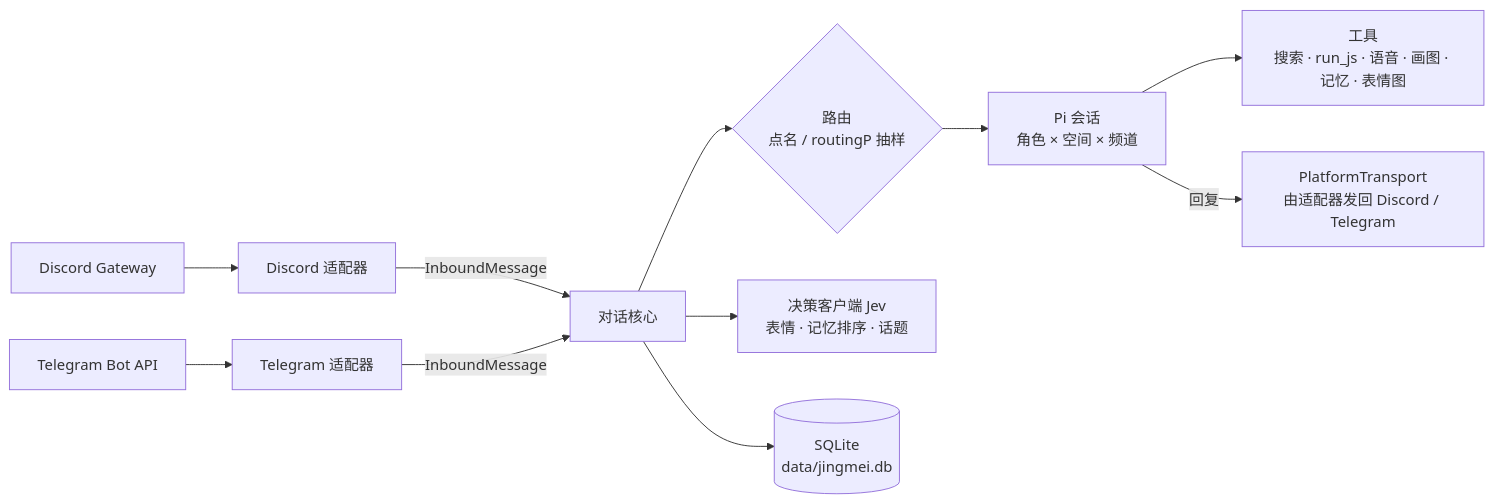
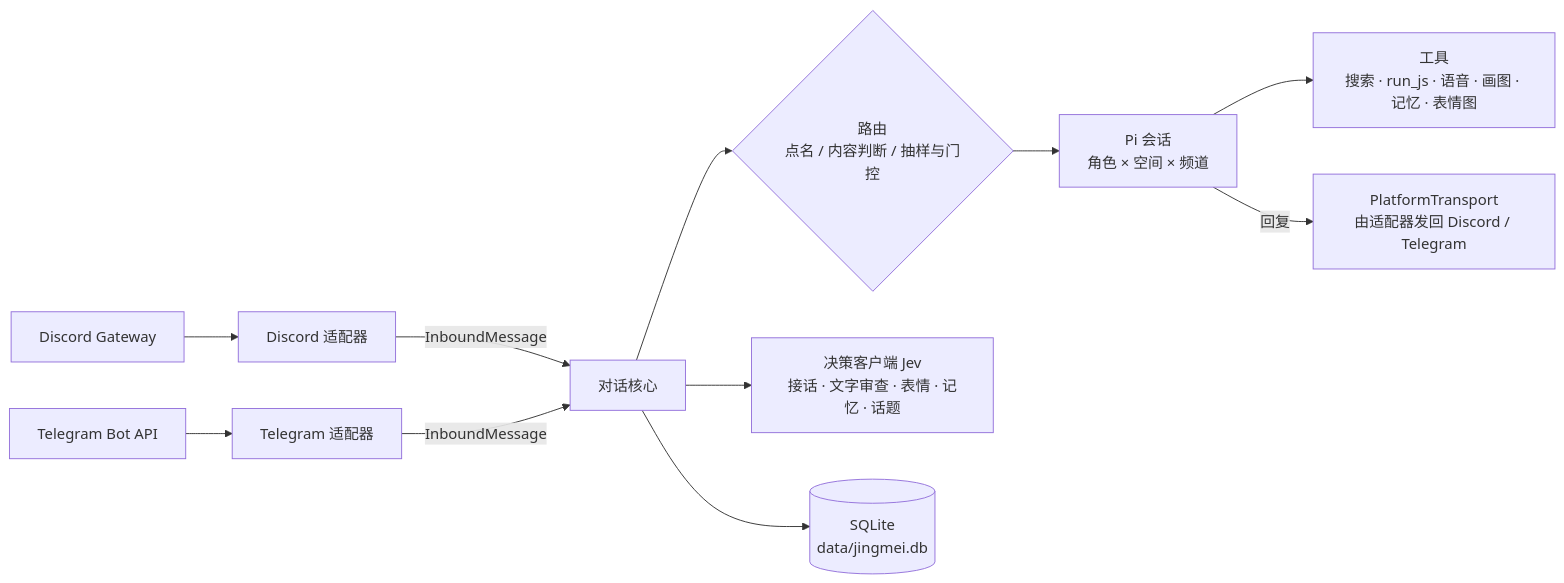
The diagram in README.md (beiwater/jingmei), drawn with Mermaid before and after one commit. The commit also changed other lines of this file and 30 other files, not shown here.

````diff
--- a/README.md
+++ b/README.md
@@ -48,13 +51,13 @@
 ```mermaid
 flowchart LR
   DG[Discord Gateway] --> DA[Discord 适配器]
   TG[Telegram Bot API] --> TA[Telegram 适配器]
   DA -- InboundMessage --> C[对话核心]
   TA -- InboundMessage --> C
-  C --> R{路由<br/>点名 / routingP 抽样}
+  C --> R{路由<br/>点名 / 内容判断 / 抽样与门控}
   R --> S[Pi 会话<br/>角色 × 空间 × 频道]
   S --> T[工具<br/>搜索 · run_js · 语音 · 画图 · 记忆 · 表情图]
-  C --> J[决策客户端 Jev<br/>表情 · 记忆排序 · 话题]
+  C --> J[决策客户端 Jev<br/>接话 · 文字审查 · 表情 · 记忆 · 话题]
   C --> DB[(SQLite<br/>data/jingmei.db)]
   S -- 回复 --> PT[PlatformTransport<br/>由适配器发回 Discord / Telegram]
 ```
````
